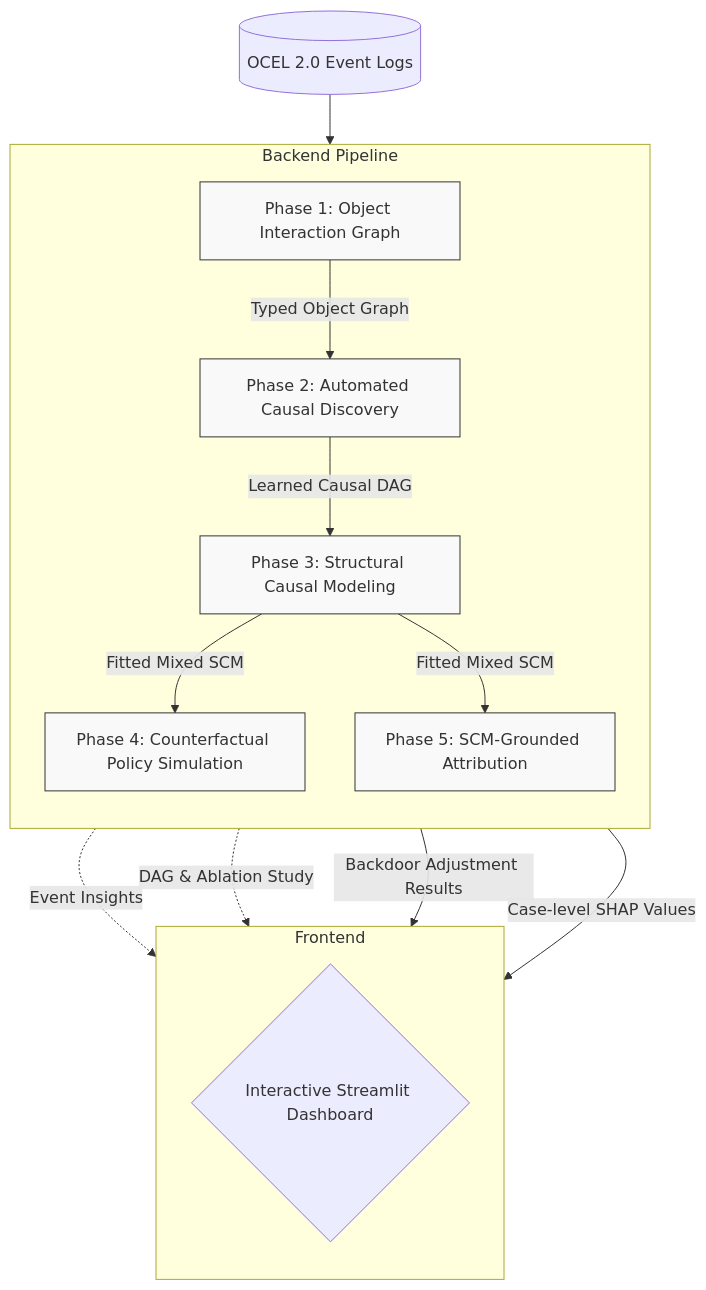
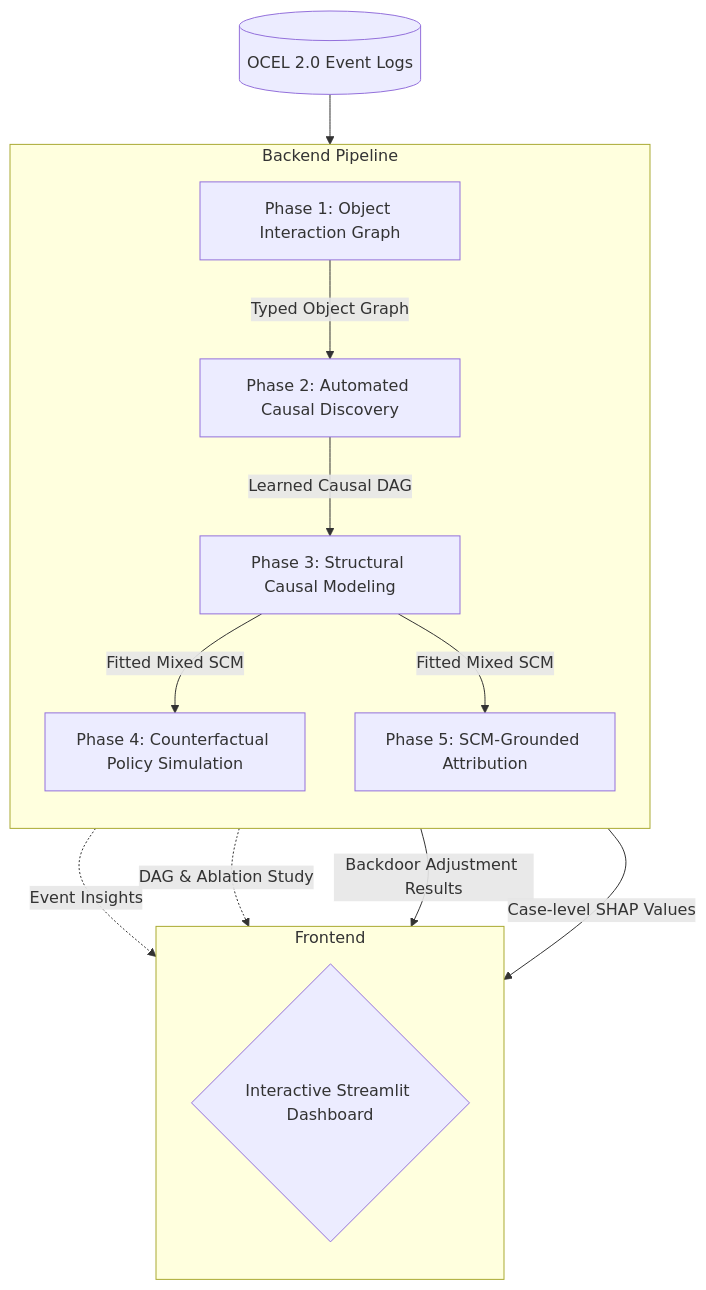
One commit to Aditya0105singh/CAUSALOCPM changed the diagram in README.md. Above: the diagram before and after it, drawn with Mermaid.

Commit message:
Fix architecture diagram visibility in dark mode

````diff
--- a/README.md
+++ b/README.md
@@ -38,37 +38,34 @@
 ```mermaid
 flowchart TD
     %% Data Input
     Data[(OCEL 2.0 Event Logs)]
 
     %% Pipeline Phases
     subgraph Backend Pipeline
         direction TB
         P1[Phase 1: Object Interaction Graph]
         P2[Phase 2: Automated Causal Discovery]
         P3[Phase 3: Structural Causal Modeling]
         P4[Phase 4: Counterfactual Policy Simulation]
         P5[Phase 5: SCM-Grounded Attribution]
     end
 
     %% Flow between phases
     Data --> P1
     P1 -->|Typed Object Graph| P2
     P2 -->|Learned Causal DAG| P3
     P3 -->|Fitted Mixed SCM| P4
     P3 -->|Fitted Mixed SCM| P5
 
     %% Frontend
     subgraph Frontend
         direction TB
         Dashboard{Interactive Streamlit Dashboard}
     end
 
     %% Connect pipeline to dashboard
     P1 -.->|Event Insights| Dashboard
     P2 -.->|DAG & Ablation Study| Dashboard
     P4 -->|Backdoor Adjustment Results| Dashboard
     P5 -->|Case-level SHAP Values| Dashboard
-
-    classDef phase fill:#f9f9f9,stroke:#333,stroke-width:1px;
-    class P1,P2,P3,P4,P5 phase;
 ```
````
